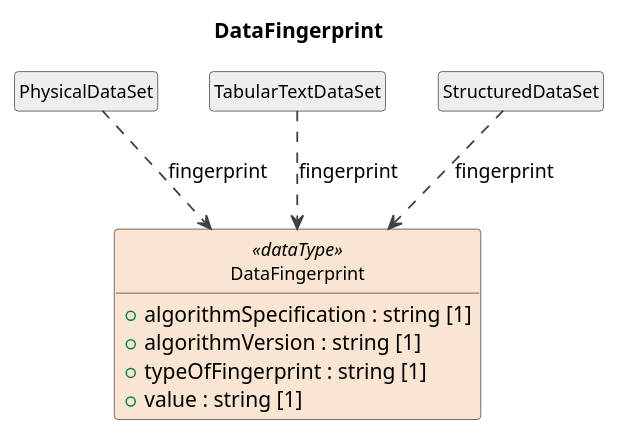
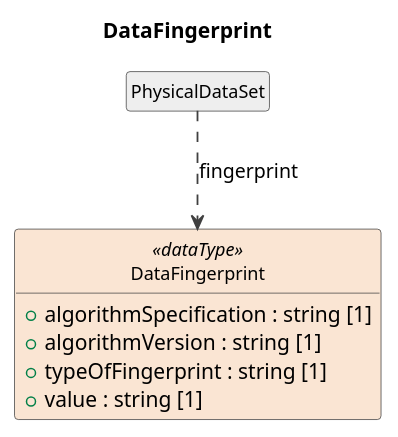
Before and after one commit to Cross-Domain-Interoperability-Framework/metadataBuildingBlocks: the diagram in cdif-uml-model/_plantuml/cdifDataStructure/DataTypes/DataFingerprint.pu, drawn with PlantUML. The commit also changed 136 other files, not shown here.

First line of the commit message:
Regenerate UML model browser: DataDescription PhysicalDataSet subclasses

```diff
--- a/cdif-uml-model/_plantuml/cdifDataStructure/DataTypes/DataFingerprint.pu
+++ b/cdif-uml-model/_plantuml/cdifDataStructure/DataTypes/DataFingerprint.pu
@@ -1,26 +1,22 @@
 @startuml
 title DataFingerprint
 hide circle
 hide empty members
 skinparam shadowing false
 skinparam ArrowThickness 1.2
 skinparam class {
   ArrowColor #404040
   BorderColor #404040
   FontSize 12
 }
 
 class "DataFingerprint" as DataFingerprint <<dataType>> #FAE5D3 {
   +algorithmSpecification : string [1]
   +algorithmVersion : string [1]
   +typeOfFingerprint : string [1]
   +value : string [1]
 }
 class "PhysicalDataSet" as PhysicalDataSet #EEEEEE
 PhysicalDataSet ..> DataFingerprint : fingerprint
-class "TabularTextDataSet" as TabularTextDataSet #EEEEEE
-TabularTextDataSet ..> DataFingerprint : fingerprint
-class "StructuredDataSet" as StructuredDataSet #EEEEEE
-StructuredDataSet ..> DataFingerprint : fingerprint
 
 @enduml
```
